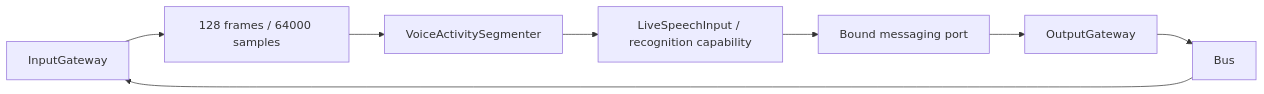
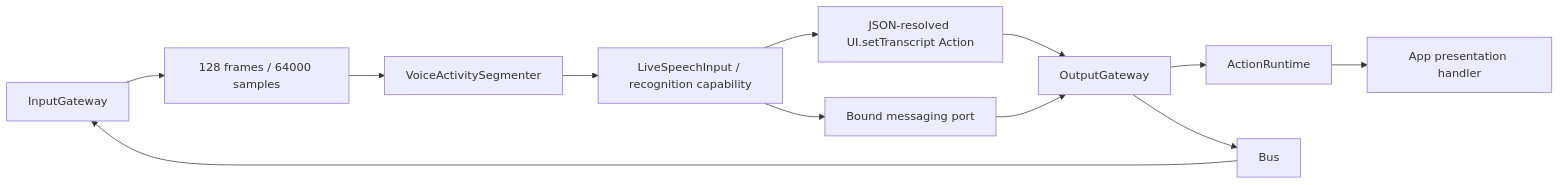
One commit to devilyouwei/MobileHarness changed the first of 2 diagrams in MobileHarness/Agents/SpeechPerception/README.md. Above: the diagram before and after it, drawn with Mermaid. The commit also changed other lines of this file and 63 other files, not shown here.

````diff
--- a/MobileHarness/Agents/SpeechPerception/README.md
+++ b/MobileHarness/Agents/SpeechPerception/README.md
@@ -5,9 +5,12 @@
 ```mermaid
 flowchart LR
     InputGateway --> Inbox[128 frames / 64000 samples]
     Inbox --> VAD[VoiceActivitySegmenter]
     VAD --> ASR[LiveSpeechInput / recognition capability]
+    ASR --> Caption[JSON-resolved UI.setTranscript Action]
+    Caption --> OutputGateway
+    OutputGateway --> ActionRuntime --> UI[App presentation handler]
     ASR --> Port[Bound messaging port]
     Port --> OutputGateway
     OutputGateway --> Bus --> InputGateway
 ```
````
